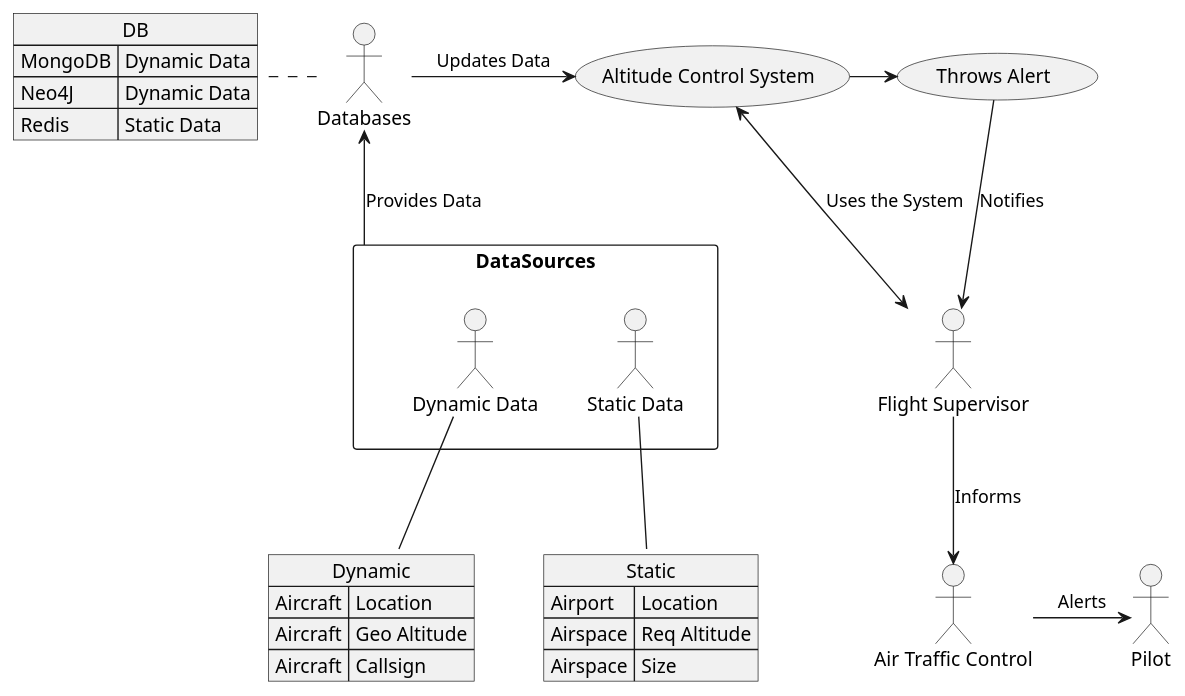
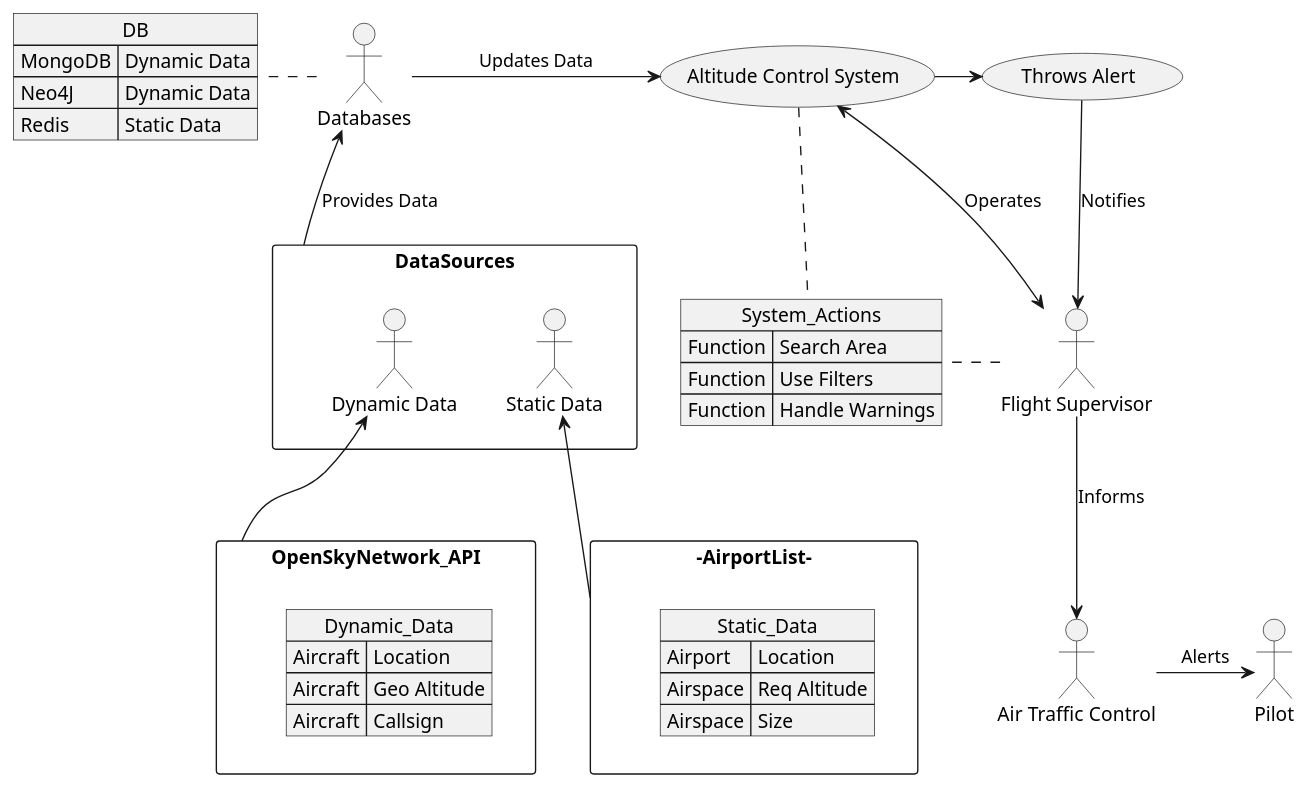
The diagram in use-cases/altitute-control/altitude-diagram.puml (Spring-Roll-Sauerkraut-Squad/mergeme), drawn with PlantUML before and after one commit. The commit also changed 8 other files, not shown here.

```diff
--- a/use-cases/altitute-control/altitude-diagram.puml
+++ b/use-cases/altitute-control/altitude-diagram.puml
@@ -1,45 +1,65 @@
 @startuml
+
 (Altitude Control System)
 skinparam packageStyle rectangle
 
 :Databases:
+
 rectangle DataSources {
   :Databases: <-down- (DataSources) : Provides Data
   :Dynamic Data:
   :Static Data:
 }
 
-json Static {
-  "Airport": "Location",
-  "Airspace": "Req Altitude",
-  "Airspace": "Size"
+rectangle -AirportList- {
+   json Static_Data {
+     "Airport": "Location",
+     "Airspace": "Req Altitude",
+     "Airspace": "Size"
+   }
 }
 
-:Static Data: -down- Static
+:-AirportList-: -up-> :Static Data:
 
-json Dynamic {
-  "Aircraft": "Location",
-  "Aircraft": "Geo Altitude",
-  "Aircraft": "Callsign"
+rectangle OpenSkyNetwork_API {
+   json Dynamic_Data {
+     "Aircraft": "Location",
+     "Aircraft": "Geo Altitude",
+     "Aircraft": "Callsign"
+   }
 }
 
-:Dynamic Data: -down- Dynamic
+:OpenSkyNetwork_API: -up-> :Dynamic Data:
 
 json DB {
-  "MongoDB": "Dynamic Data",
-  "Neo4J": "Dynamic Data",
-  "Redis": "Static Data"
+"MongoDB": "Dynamic Data",
+"Neo4J": "Dynamic Data",
+"Redis": "Static Data"
 }
 
 :Databases: .left. DB
 :Databases: -right-> (Altitude Control System) : Updates Data
 
 :Pilot:
+
 :Air Traffic Control: <-up- :Flight Supervisor: : Informs
 :Air Traffic Control: -right-> :Pilot: : Alerts 
 
-:Flight Supervisor: <-up-> (Altitude Control System) : Uses the System
+:Flight Supervisor: <-up-> (Altitude Control System) : Operates
+
 (Altitude Control System) -right-> (Warning)
+
 "Throws Alert" as (Warning)
-(Warning) -down-> :Flight Supervisor: : Notifies 
-@enduml 
+
+(Warning) -down-> :Flight Supervisor: : Notifies
+
+json System_Actions {
+  "Function": "Search Area",
+  "Function": "Use Filters",
+  "Function": "Handle Warnings"
+}
+
+:System_Actions: .up. :Altitude Control System:
+:System_Actions: .right. :Flight Supervisor:
+
+@enduml
```
